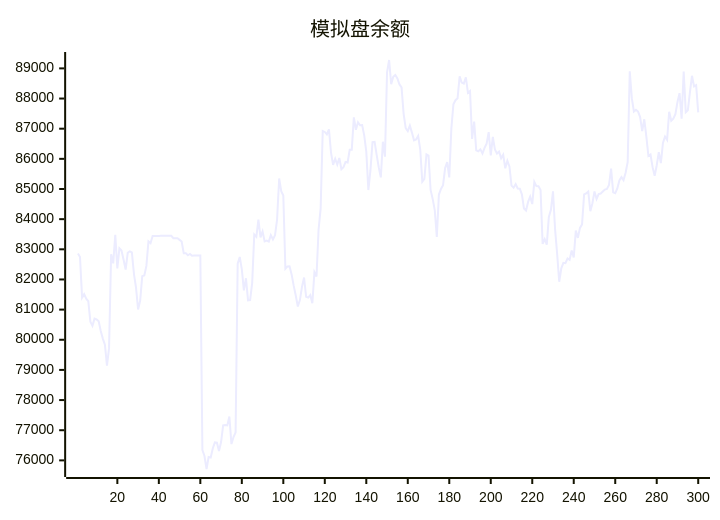
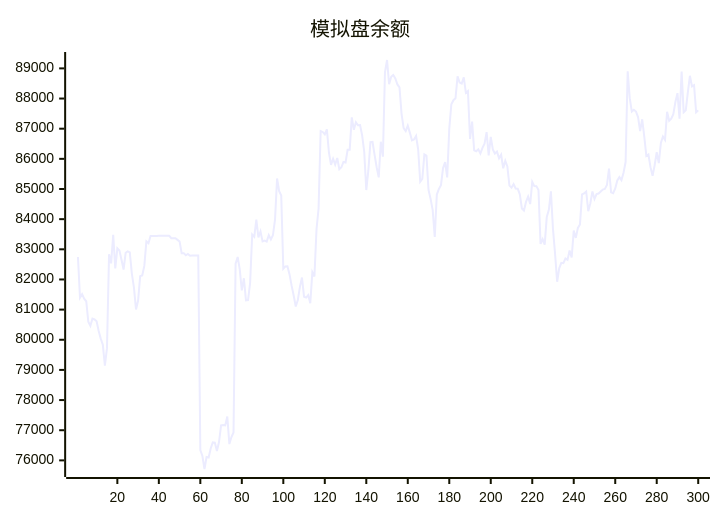
One commit to aahl/ai-trading changed the diagram in README.md. Above: the diagram before and after it, drawn with Mermaid. The commit also changed other lines of this file and 1 other file, not shown here.

````diff
--- a/README.md
+++ b/README.md
@@ -5,5 +5,5 @@
 ```mermaid
 xychart
     title "模拟盘余额"
-    line [82858,82746,81396,81512,81362,81277,80600,80461,80699,80673,80616,80288,80038,79836,79142,79722,82837,82533,83480,82366,83032,82960,82654,82330,82883,82934,82901,82188,81728,81005,81298,82110,82135,82449,83264,83203,83440,83439,83440,83440,83446,83447,83448,83447,83448,83449,83369,83369,83369,83313,83256,82872,82873,82801,82844,82785,82791,82791,82793,82794,76339,76145,75714,76110,76096,76397,76594,76585,76310,76607,77160,77170,77160,77456,76541,76774,76927,82520,82744,82337,81639,82040,81307,81314,81887,83490,83414,83984,83396,83594,83261,83287,83253,83470,83327,83465,83987,85348,84930,84786,82355,82433,82438,82167,81795,81466,81105,81315,81756,82064,81426,81398,81481,81210,82242,82099,83658,84359,86925,86892,86814,86980,86203,85802,86003,85811,86028,85657,85721,85896,85880,86300,86299,87378,86965,87214,87115,87118,86780,86238,84966,85623,86555,86562,86129,85722,85387,86569,86070,88870,89278,88477,88720,88781,88668,88467,88372,87493,87018,86917,87102,86870,86613,86644,86758,86317,85242,85334,86149,86106,84968,84671,84302,83410,84816,85001,85127,85693,85891,85384,87001,87811,87945,88007,88734,88528,88495,88705,88189,88248,86662,87234,86279,86251,86314,86177,86364,86503,86886,86114,86731,86310,86176,86240,86017,86136,85685,85938,85749,85111,85044,85164,85016,85008,84824,84354,84287,84572,84745,84500,85234,85096,85095,84970,83180,83338,83157,84070,84309,84922,83667,82850,81924,82369,82552,82539,82695,82648,82962,82728,83619,83378,83710,83825,84819,84854,84917,84265,84527,84919,84668,84834,84850,84916,84981,85004,85131,85674,84891,84864,85019,85284,85393,85294,85538,85894,88904,88012,87567,87625,87568,87386,86920,87313,86737,86094,86143,85725,85437,85787,86219,85859,86526,86740,86630,87563,87264,87335,87483,87886,88180,87335,88894,87544,87608,88207,88755,88401,88444,87543]
+    line [82746,81396,81512,81362,81277,80600,80461,80699,80673,80616,80288,80038,79836,79142,79722,82837,82533,83480,82366,83032,82960,82654,82330,82883,82934,82901,82188,81728,81005,81298,82110,82135,82449,83264,83203,83440,83439,83440,83440,83446,83447,83448,83447,83448,83449,83369,83369,83369,83313,83256,82872,82873,82801,82844,82785,82791,82791,82793,82794,76339,76145,75714,76110,76096,76397,76594,76585,76310,76607,77160,77170,77160,77456,76541,76774,76927,82520,82744,82337,81639,82040,81307,81314,81887,83490,83414,83984,83396,83594,83261,83287,83253,83470,83327,83465,83987,85348,84930,84786,82355,82433,82438,82167,81795,81466,81105,81315,81756,82064,81426,81398,81481,81210,82242,82099,83658,84359,86925,86892,86814,86980,86203,85802,86003,85811,86028,85657,85721,85896,85880,86300,86299,87378,86965,87214,87115,87118,86780,86238,84966,85623,86555,86562,86129,85722,85387,86569,86070,88870,89278,88477,88720,88781,88668,88467,88372,87493,87018,86917,87102,86870,86613,86644,86758,86317,85242,85334,86149,86106,84968,84671,84302,83410,84816,85001,85127,85693,85891,85384,87001,87811,87945,88007,88734,88528,88495,88705,88189,88248,86662,87234,86279,86251,86314,86177,86364,86503,86886,86114,86731,86310,86176,86240,86017,86136,85685,85938,85749,85111,85044,85164,85016,85008,84824,84354,84287,84572,84745,84500,85234,85096,85095,84970,83180,83338,83157,84070,84309,84922,83667,82850,81924,82369,82552,82539,82695,82648,82962,82728,83619,83378,83710,83825,84819,84854,84917,84265,84527,84919,84668,84834,84850,84916,84981,85004,85131,85674,84891,84864,85019,85284,85393,85294,85538,85894,88904,88012,87567,87625,87568,87386,86920,87313,86737,86094,86143,85725,85437,85787,86219,85859,86526,86740,86630,87563,87264,87335,87483,87886,88180,87335,88894,87544,87608,88207,88755,88401,88444,87543,87608]
 ```
````
